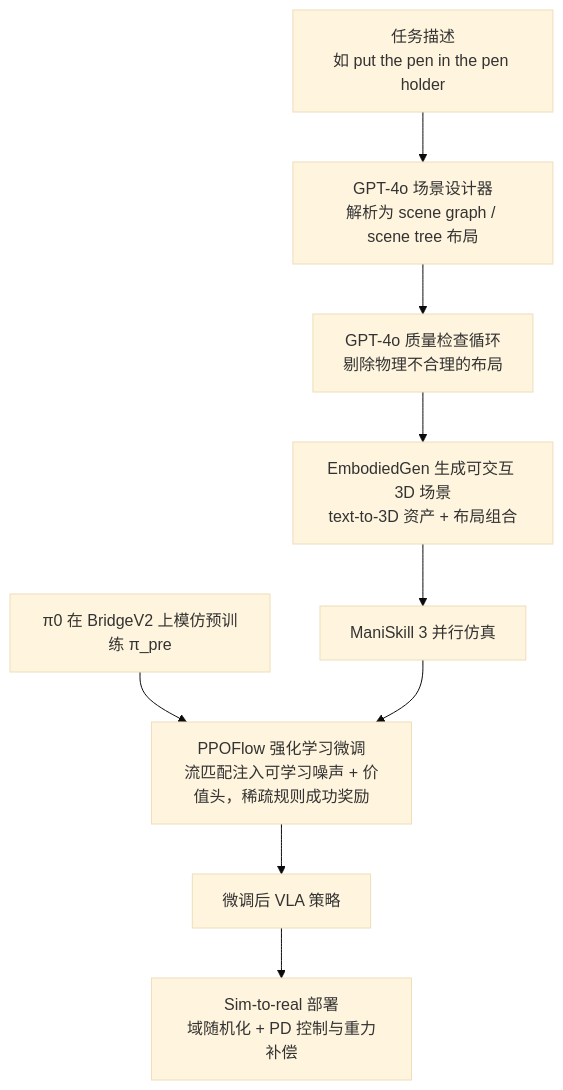
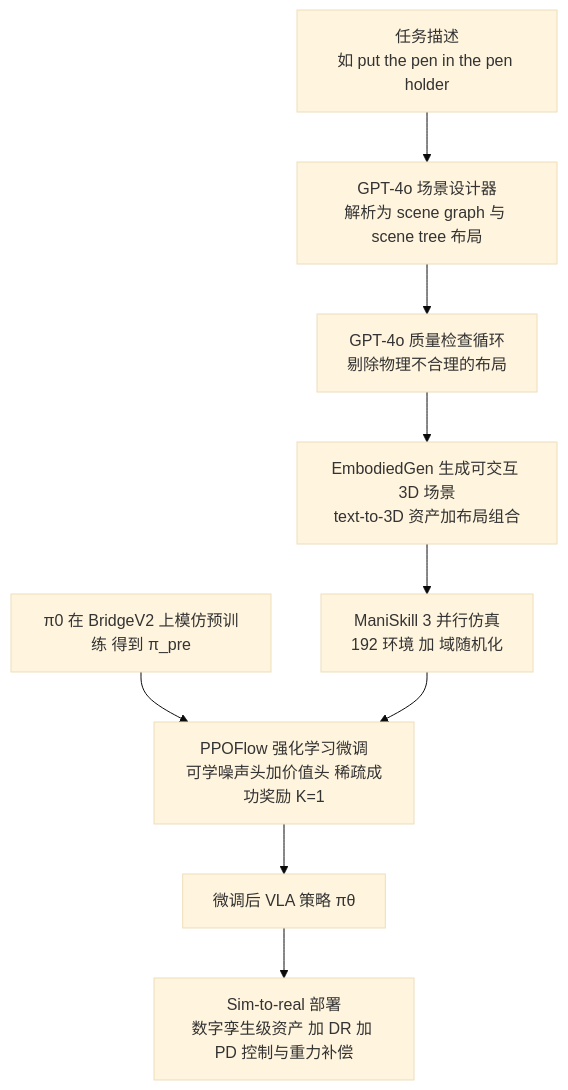
The diagram in wiki/entities/paper-sa-2603-18532-scaling-sim-to-real-reinforcement-learning-for-r.md (ImChong/Robotics_Notebooks), drawn with Mermaid (base theme) before and after one commit. The commit also changed other lines of this file and 196 other files, not shown here.

````diff
--- a/wiki/entities/paper-sa-2603-18532-scaling-sim-to-real-reinforcement-learning-for-r.md
+++ b/wiki/entities/paper-sa-2603-18532-scaling-sim-to-real-reinforcement-learning-for-r.md
@@ -47,11 +69,11 @@
 ```mermaid
 flowchart TD
-    A["任务描述<br/>如 put the pen in the pen holder"] --> B["GPT-4o 场景设计器<br/>解析为 scene graph / scene tree 布局"]
+    A["任务描述<br/>如 put the pen in the pen holder"] --> B["GPT-4o 场景设计器<br/>解析为 scene graph 与 scene tree 布局"]
     B --> C["GPT-4o 质量检查循环<br/>剔除物理不合理的布局"]
-    C --> D["EmbodiedGen 生成可交互 3D 场景<br/>text-to-3D 资产 + 布局组合"]
-    D --> E["ManiSkill 3 并行仿真"]
-    P["π0 在 BridgeV2 上模仿预训练 π_pre"] --> F
-    E --> F["PPOFlow 强化学习微调<br/>流匹配注入可学习噪声 + 价值头，稀疏规则成功奖励"]
-    F --> G["微调后 VLA 策略"]
-    G --> H["Sim-to-real 部署<br/>域随机化 + PD 控制与重力补偿"]
+    C --> D["EmbodiedGen 生成可交互 3D 场景<br/>text-to-3D 资产加布局组合"]
+    D --> E["ManiSkill 3 并行仿真<br/>192 环境 加 域随机化"]
+    P["π0 在 BridgeV2 上模仿预训练 得到 π_pre"] --> F
+    E --> F["PPOFlow 强化学习微调<br/>可学噪声头加价值头 稀疏成功奖励 K=1"]
+    F --> G["微调后 VLA 策略 πθ"]
+    G --> H["Sim-to-real 部署<br/>数字孪生级资产 加 DR 加 PD 控制与重力补偿"]
 ```
````
